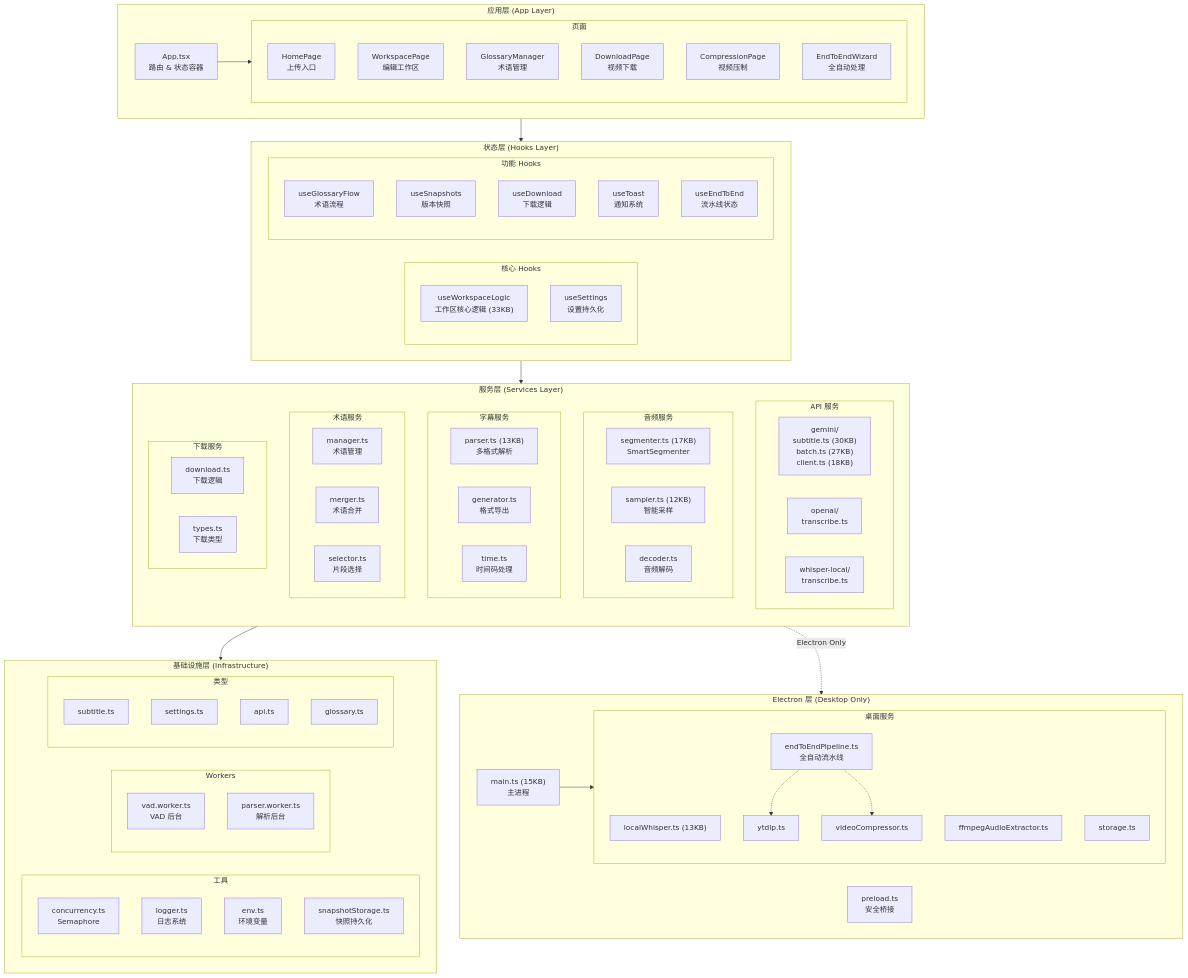
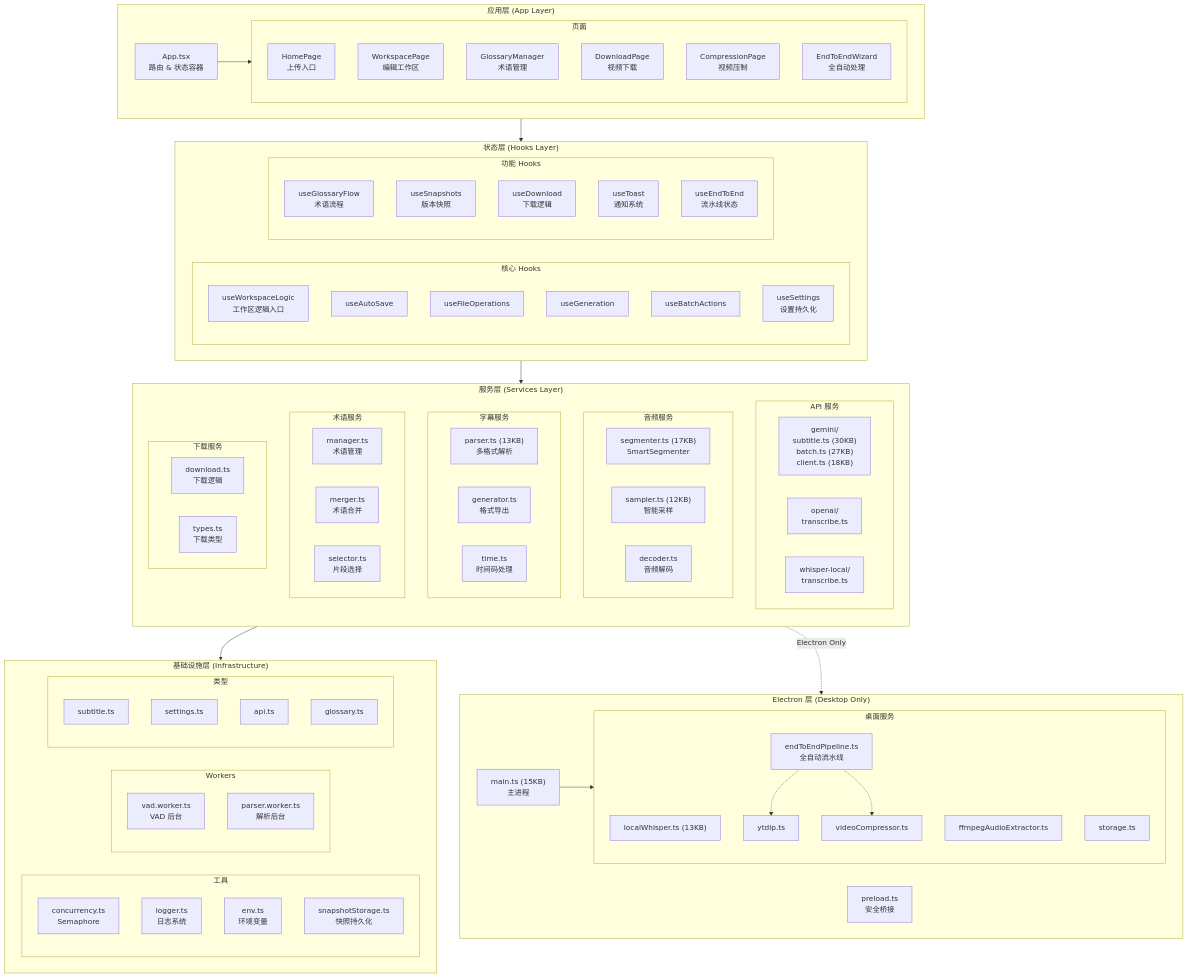
The second of 14 diagrams in docs/ARCHITECTURE.md (corvo007/Gemini-Subtitle-Pro), drawn with Mermaid before and after one commit. The commit also changed other lines of this file, not shown here.

Commit message:
docs: update architecture documentation to reflect recent refactoring

```diff
--- a/docs/ARCHITECTURE.md
+++ b/docs/ARCHITECTURE.md
@@ -147,7 +147,11 @@
         direction LR
 
         subgraph CORE_HOOKS["核心 Hooks"]
-            USE_WORKSPACE["useWorkspaceLogic<br/>工作区核心逻辑 (33KB)"]
+            USE_WORKSPACE["useWorkspaceLogic<br/>工作区逻辑入口"]
+            USE_AUTO_SAVE["useAutoSave"]
+            USE_FILE_OPS["useFileOperations"]
+            USE_GENERATION["useGeneration"]
+            USE_BATCH["useBatchActions"]
             USE_SETTINGS["useSettings<br/>设置持久化"]
         end
 
```
